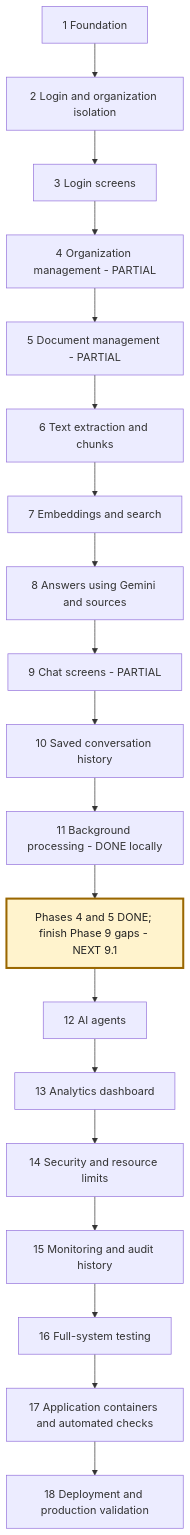
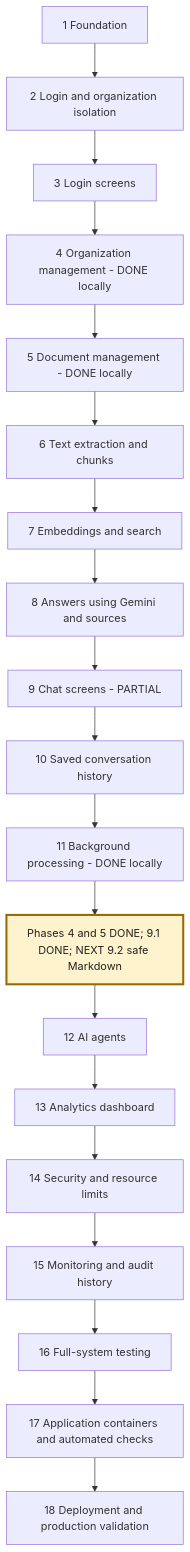
Before and after one commit to msdian0007/nexaAi: the second of 3 diagrams in NEXAAI_ROADMAP.md, drawn with Mermaid. The commit also changed other lines of this file and 10 other files, not shown here.

````diff
--- a/NEXAAI_ROADMAP.md
+++ b/NEXAAI_ROADMAP.md
@@ -188,22 +188,22 @@
 ```mermaid
 flowchart TD
     A[1 Foundation] --> B[2 Login and organization isolation]
     B --> C[3 Login screens]
-    C --> D[4 Organization management - PARTIAL]
-    D --> E[5 Document management - PARTIAL]
+    C --> D[4 Organization management - DONE locally]
+    D --> E[5 Document management - DONE locally]
     E --> F[6 Text extraction and chunks]
     F --> G[7 Embeddings and search]
     G --> H[8 Answers using Gemini and sources]
     H --> I[9 Chat screens - PARTIAL]
     I --> J[10 Saved conversation history]
     J --> K[11 Background processing - DONE locally]
-    K --> L[Phases 4 and 5 DONE; finish Phase 9 gaps - NEXT 9.1]
+    K --> L[Phases 4 and 5 DONE; 9.1 DONE; NEXT 9.2 safe Markdown]
     L --> M[12 AI agents]
     M --> N[13 Analytics dashboard]
     N --> O[14 Security and resource limits]
     O --> P[15 Monitoring and audit history]
     P --> Q[16 Full-system testing]
     Q --> R[17 Application containers and automated checks]
     R --> S[18 Deployment and production validation]
     style L fill:#fff3cd,stroke:#9a6700,stroke-width:3px,color:#222
 ```
````
